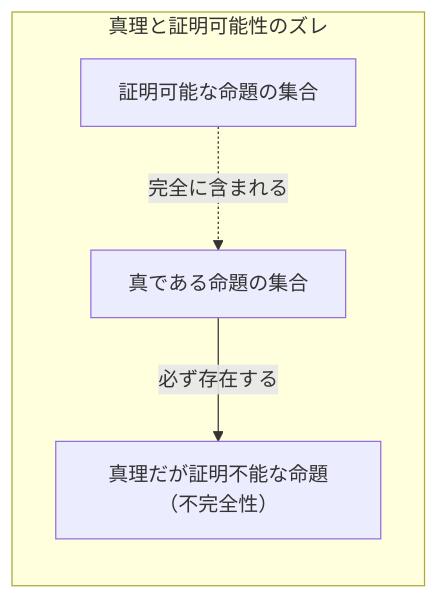
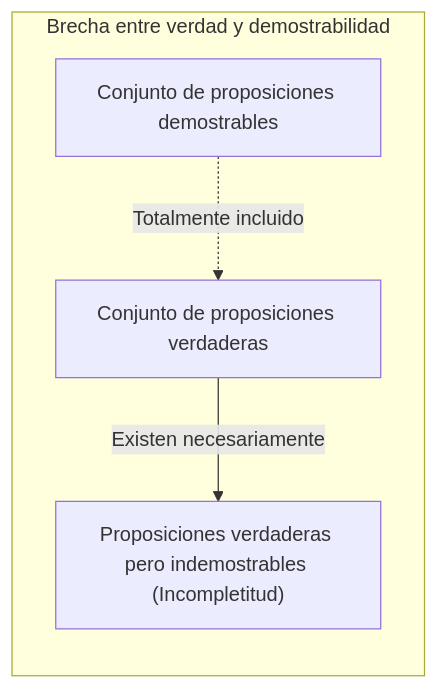
Before and after one commit to kenjinote/blog: the second of 4 diagrams in content/post/godels-incompleteness-theorems/index.es.md, drawn with Mermaid. The commit also changed other lines of this file and 28 other files, not shown here.

Commit message:
Translate Japanese text inside Mermaid diagrams to respective languages

````diff
--- a/content/post/godels-incompleteness-theorems/index.es.md
+++ b/content/post/godels-incompleteness-theorems/index.es.md
@@ -63,10 +63,10 @@
 ```mermaid
 graph LR
-    subgraph "真理と証明可能性のズレ"
-        A["真である命題の集合"]
-        B["証明可能な命題の集合"]
-        B -.->|"完全に含まれる"| A
-        C["真理だが証明不能な命題（不完全性）"]
-        A -->|"必ず存在する"| C
+    subgraph "Brecha entre verdad y demostrabilidad"
+        A["Conjunto de proposiciones verdaderas"]
+        B["Conjunto de proposiciones demostrables"]
+        B -.->|"Totalmente incluido"| A
+        C["Proposiciones verdaderas pero indemostrables (Incompletitud)"]
+        A -->|"Existen necesariamente"| C
     end
 ```
````
